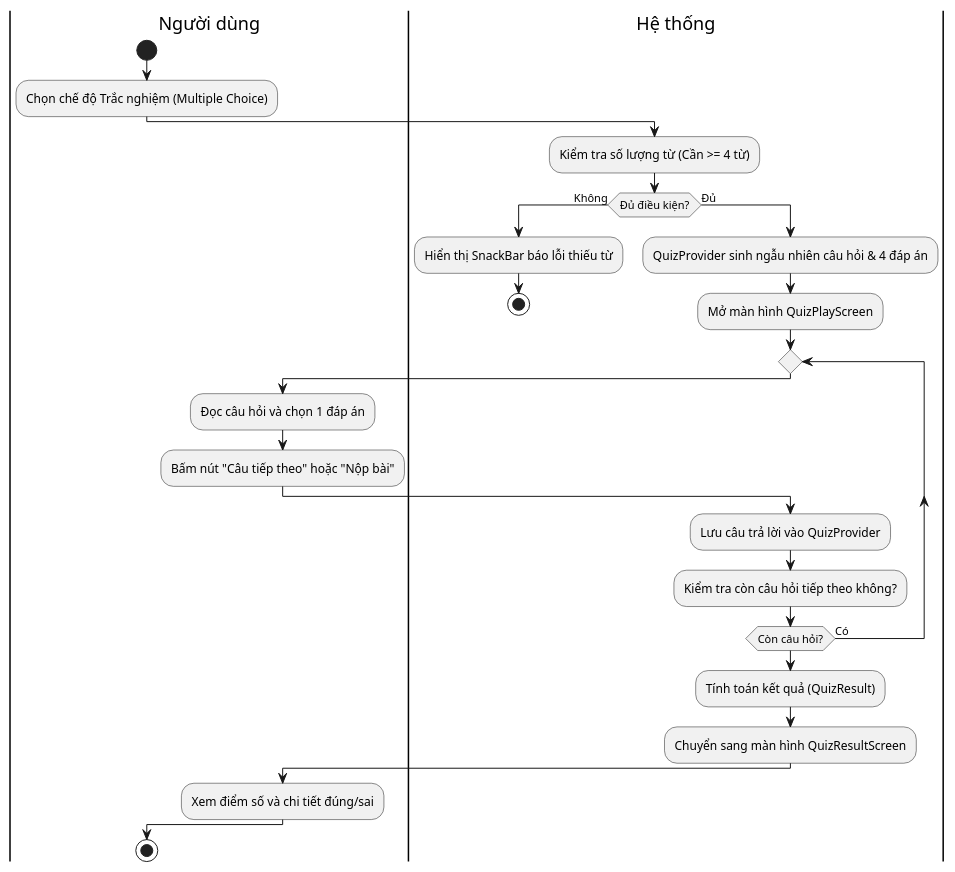
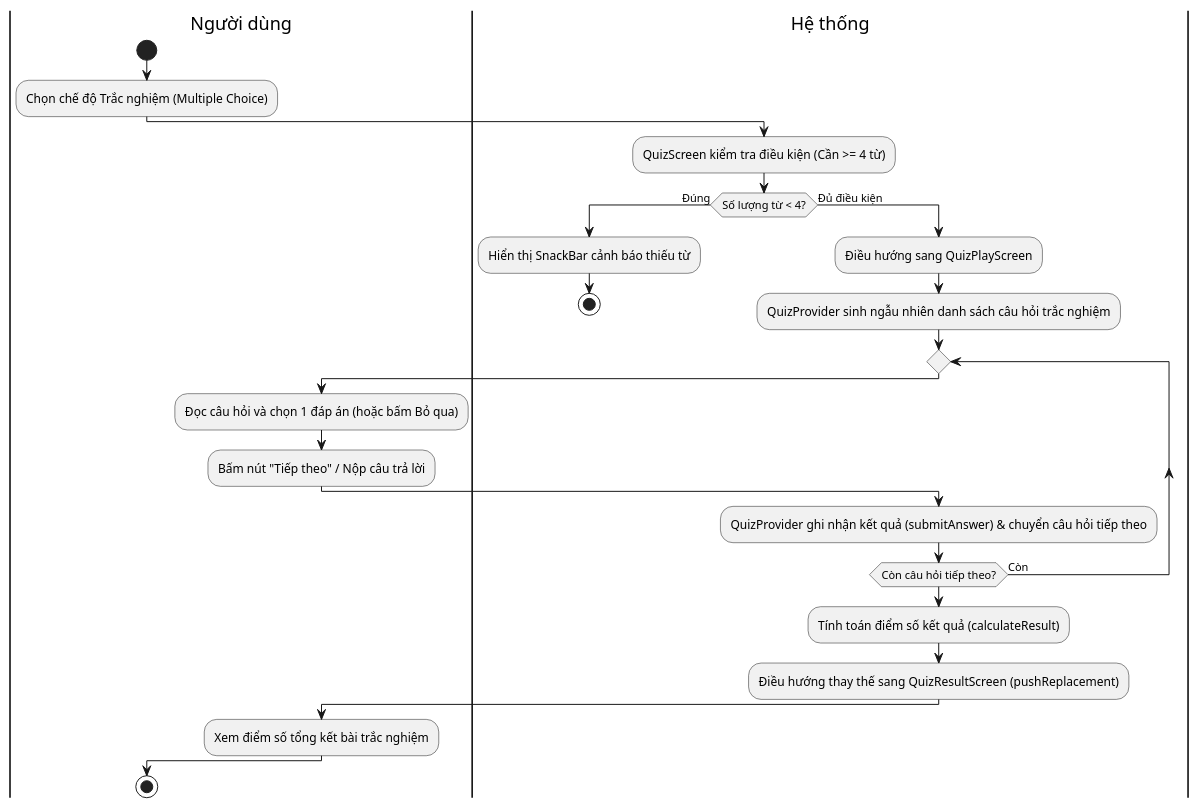
One commit to hoang-adu/2026_2027_1_1_LTTBDD_N01_Nhom_2 changed the diagram in docs/activity_quiz_multiple_choice.puml. Above: the diagram before and after it, drawn with PlantUML. The commit also changed 3 other files, not shown here.

Commit message:
docs: cập nhật chuẩn 4 sơ đồ hoạt động (activity diagrams)

```diff
--- a/docs/activity_quiz_multiple_choice.puml
+++ b/docs/activity_quiz_multiple_choice.puml
@@ -1,32 +1,32 @@
 @startuml
 |Người dùng|
 start
 :Chọn chế độ Trắc nghiệm (Multiple Choice);
 
 |Hệ thống|
-:Kiểm tra số lượng từ (Cần >= 4 từ);
-if (Đủ điều kiện?) then (Không)
-  :Hiển thị SnackBar báo lỗi thiếu từ;
+:QuizScreen kiểm tra điều kiện (Cần >= 4 từ);
+if (Số lượng từ < 4?) then (Đúng)
+  :Hiển thị SnackBar cảnh báo thiếu từ;
   stop
-else (Đủ)
-  :QuizProvider sinh ngẫu nhiên câu hỏi & 4 đáp án;
-  :Mở màn hình QuizPlayScreen;
+else (Đủ điều kiện)
+  :Điều hướng sang QuizPlayScreen;
+  :QuizProvider sinh ngẫu nhiên danh sách câu hỏi trắc nghiệm;
   
   repeat
     |Người dùng|
-    :Đọc câu hỏi và chọn 1 đáp án;
-    :Bấm nút "Câu tiếp theo" hoặc "Nộp bài";
+    :Đọc câu hỏi và chọn 1 đáp án (hoặc bấm Bỏ qua);
+    :Bấm nút "Tiếp theo" / Nộp câu trả lời;
     
     |Hệ thống|
-    :Lưu câu trả lời vào QuizProvider;
-    :Kiểm tra còn câu hỏi tiếp theo không?;
-  repeat while (Còn câu hỏi?) is (Có)
+    :QuizProvider ghi nhận kết quả (submitAnswer) & chuyển câu hỏi tiếp theo;
+  repeat while (Còn câu hỏi tiếp theo?) is (Còn)
   
   |Hệ thống|
-  :Tính toán kết quả (QuizResult);
-  :Chuyển sang màn hình QuizResultScreen;
+  :Tính toán điểm số kết quả (calculateResult);
+  :Điều hướng thay thế sang QuizResultScreen (pushReplacement);
+  
   |Người dùng|
-  :Xem điểm số và chi tiết đúng/sai;
+  :Xem điểm số tổng kết bài trắc nghiệm;
 endif
 stop
 @enduml
```
